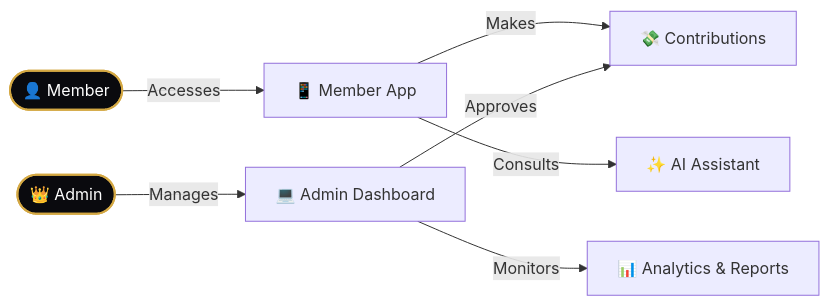
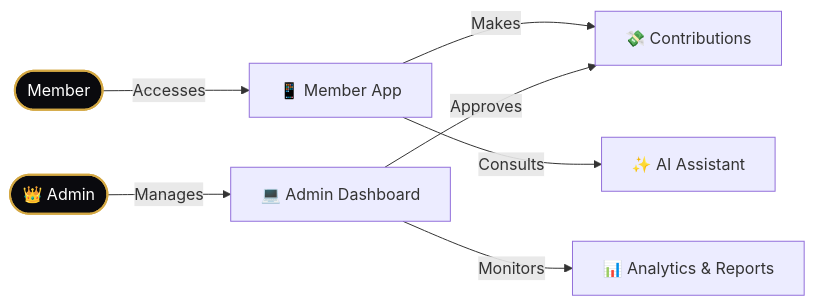
The diagram in README.md (iiradukunda-dev/shinecon), drawn with Mermaid before and after one commit.

````diff
--- a/README.md
+++ b/README.md
@@ -53,16 +53,16 @@
 ```mermaid
 flowchart LR
     %% User Journey
-    Member([👤 Member]) -->|Accesses| App[📱 Member App]
+    Member([ Member]) -->|Accesses| App[📱 Member App]
     App -->|Makes| Contrib[💸 Contributions]
     App -->|Consults| AI[✨ AI Assistant]
     
     %% Admin Journey
     Admin([👑 Admin]) -->|Manages| Dash[💻 Admin Dashboard]
     Dash -->|Approves| Contrib
     Dash -->|Monitors| Analytics[📊 Analytics & Reports]
     
     %% Styling
     style Member fill:#0a0a0e,stroke:#d4a843,stroke-width:2px,color:#fff
     style Admin fill:#0a0a0e,stroke:#d4a843,stroke-width:2px,color:#fff
 ```
````
